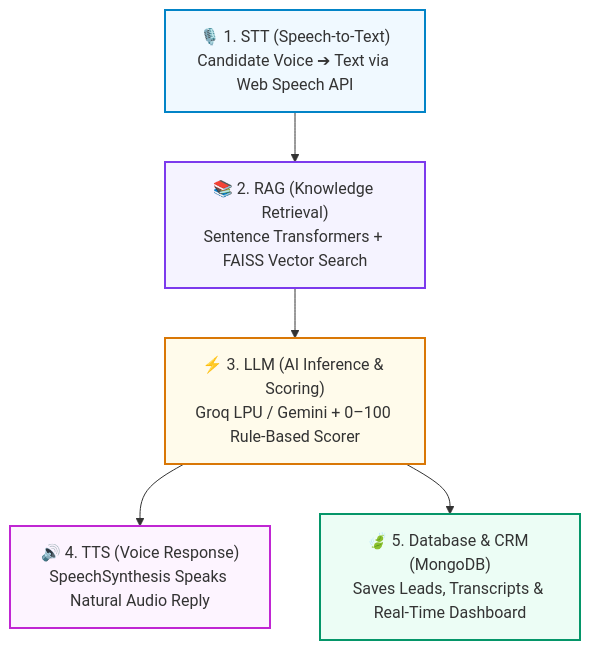
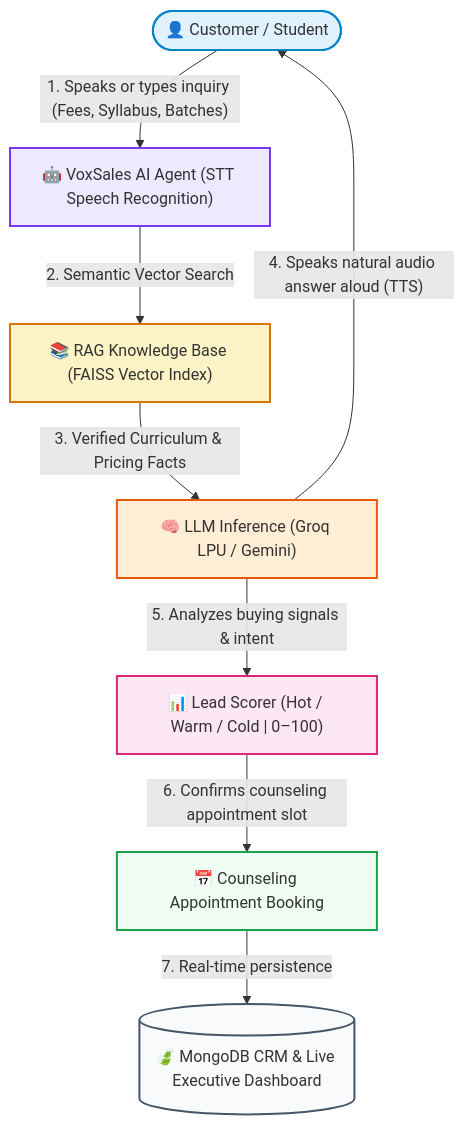
The diagram in README.md (ChinnavulaManisha/VoxSales-AI-Powered-Voice-Agent-Assistant-Platform), drawn with Mermaid before and after one commit. The commit also changed other lines of this file, not shown here.

Commit message:
docs: add end-to-end customer workflow diagram

````diff
--- a/README.md
+++ b/README.md
@@ -58,19 +58,23 @@
 ```mermaid
 flowchart TD
-    A["🎙️ 1. STT (Speech-to-Text)\nCandidate Voice ➔ Text via Web Speech API"]
-    B["📚 2. RAG (Knowledge Retrieval)\nSentence Transformers + FAISS Vector Search"]
-    C["⚡ 3. LLM (AI Inference & Scoring)\nGroq LPU / Gemini + 0–100 Rule-Based Scorer"]
-    D["🔊 4. TTS (Voice Response)\nSpeechSynthesis Speaks Natural Audio Reply"]
-    E["🍃 5. Database & CRM (MongoDB)\nSaves Leads, Transcripts & Real-Time Dashboard"]
+    Customer(["👤 Customer / Student"]) -->|"1. Speaks or types inquiry (Fees, Syllabus, Batches)"| VoiceAgent["🤖 VoxSales AI Agent (STT Speech Recognition)"]
+    
+    VoiceAgent -->|"2. Semantic Vector Search"| RAG["📚 RAG Knowledge Base (FAISS Vector Index)"]
+    RAG -->|"3. Verified Curriculum & Pricing Facts"| AI["🧠 LLM Inference (Groq LPU / Gemini)"]
+    
+    AI -->|"4. Speaks natural audio answer aloud (TTS)"| Customer
+    
+    AI -->|"5. Analyzes buying signals & intent"| Scorer["📊 Lead Scorer (Hot / Warm / Cold | 0–100)"]
+    
+    Scorer -->|"6. Confirms counseling appointment slot"| Booking["📅 Counseling Appointment Booking"]
+    
+    Booking -->|"7. Real-time persistence"| CRM[("🍃 MongoDB CRM & Live Executive Dashboard")]
 
-    A --> B
-    B --> C
-    C --> D
-    C --> E
-
-    style A fill:#f0f9ff,stroke:#0284c7,stroke-width:2px
-    style B fill:#f5f3ff,stroke:#7c3aed,stroke-width:2px
-    style C fill:#fffbeb,stroke:#d97706,stroke-width:2px
-    style D fill:#fdf4ff,stroke:#c026d3,stroke-width:2px
-    style E fill:#ecfdf5,stroke:#059669,stroke-width:2px
+    style Customer fill:#e0f2fe,stroke:#0284c7,stroke-width:2px
+    style VoiceAgent fill:#ede9fe,stroke:#7c3aed,stroke-width:2px
+    style RAG fill:#fef3c7,stroke:#d97706,stroke-width:2px
+    style AI fill:#ffedd5,stroke:#ea580c,stroke-width:2px
+    style Scorer fill:#fce7f3,stroke:#db2777,stroke-width:2px
+    style Booking fill:#f0fdf4,stroke:#16a34a,stroke-width:2px
+    style CRM fill:#f8fafc,stroke:#475569,stroke-width:2px
 ```
````
